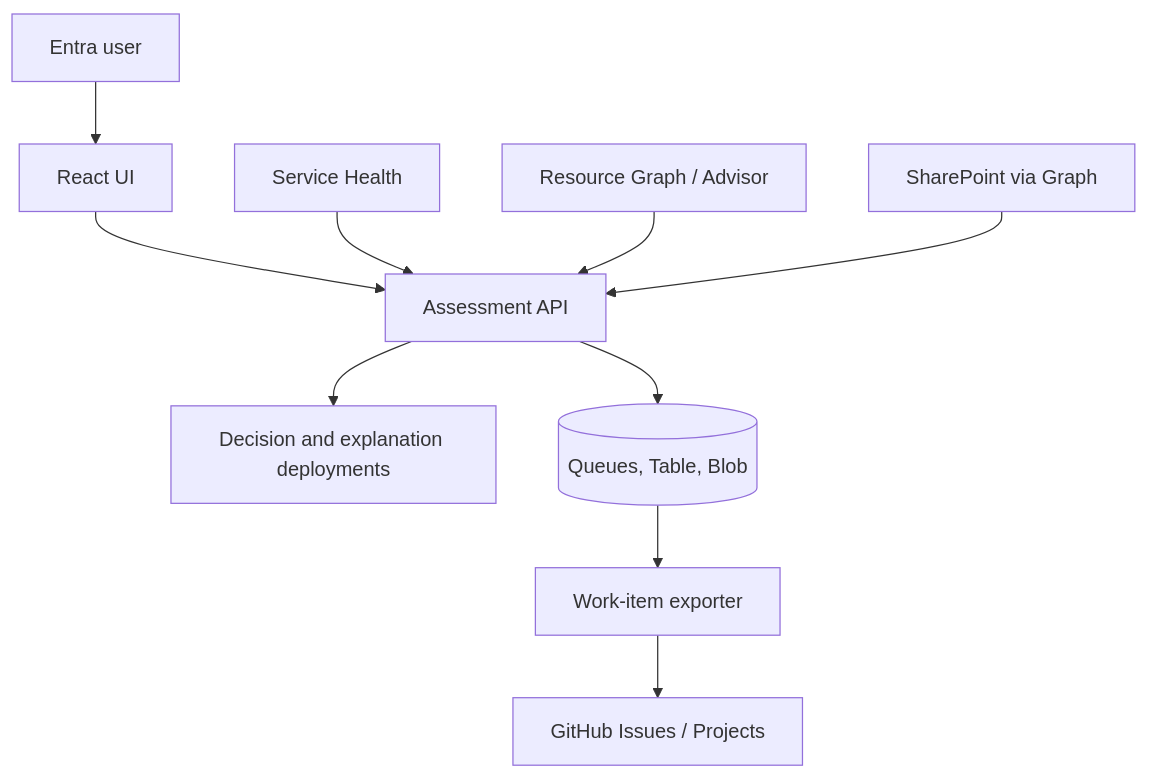
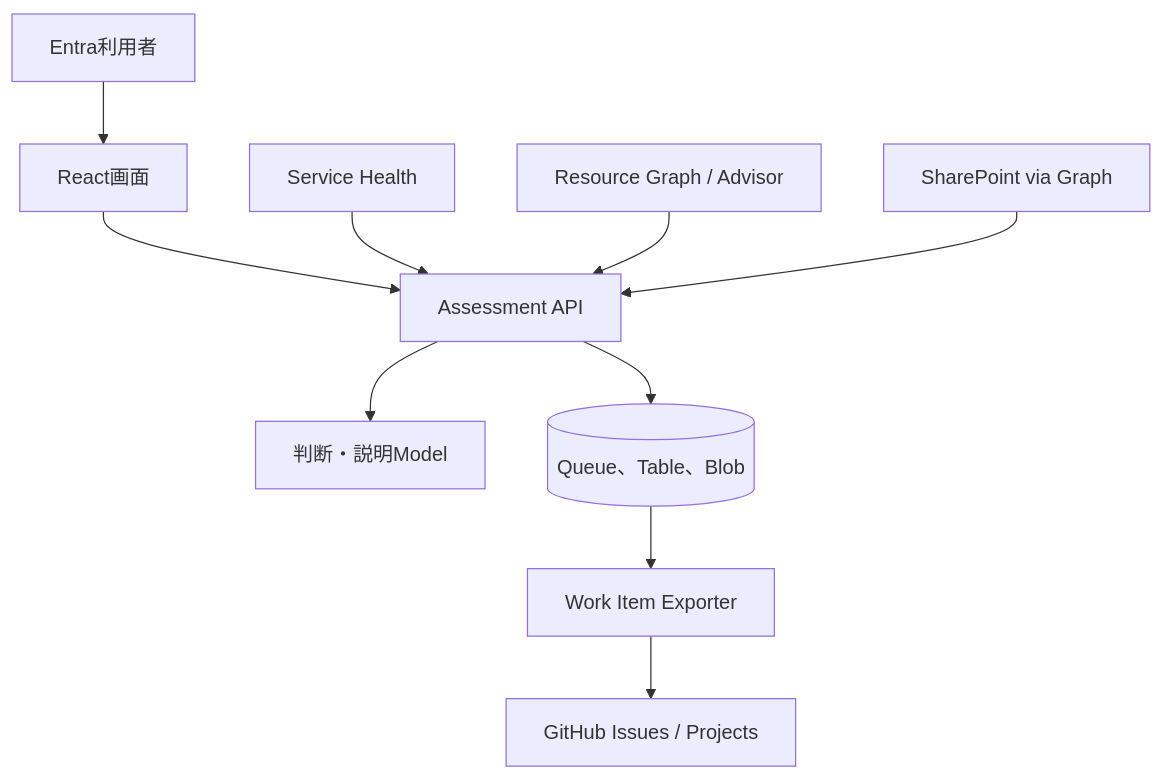
Before and after one commit to kdkwakaba/azure-retirement-planner: the diagram in docs/design.md, drawn with Mermaid. The commit also changed other lines of this file and 16 other files, not shown here.

````diff
--- a/docs/design.md
+++ b/docs/design.md
@@ -30,12 +30,12 @@
-```mermaid
+~~~mermaid
 flowchart TB
-  Reviewer[Entra user] --> UI[React UI]
+  Reviewer[Entra利用者] --> UI[React画面]
   UI --> API[Assessment API]
   SH[Service Health] --> API
   ARG[Resource Graph / Advisor] --> API
   SP[SharePoint via Graph] --> API
-  API --> Models[Decision and explanation deployments]
-  API --> Store[(Queues, Table, Blob)]
-  Store --> Exporter[Work-item exporter]
+  API --> Models[判断・説明Model]
+  API --> Store[(Queue、Table、Blob)]
+  Store --> Exporter[Work Item Exporter]
   Exporter --> GitHub[GitHub Issues / Projects]
-```
+~~~
````
